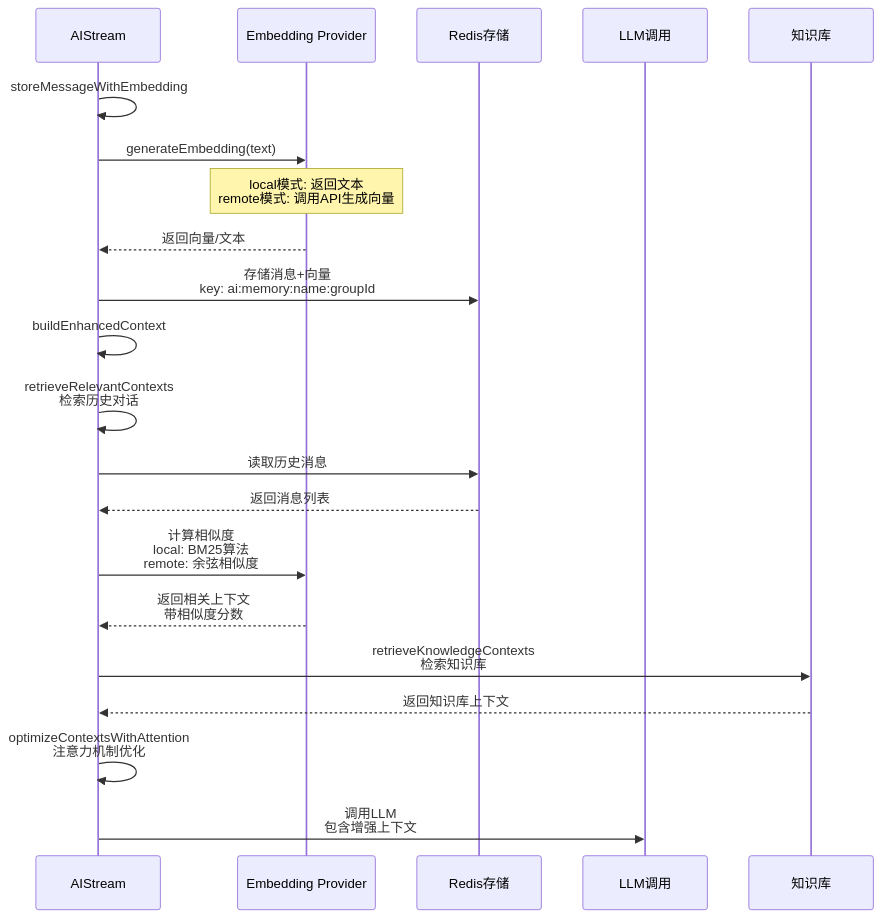
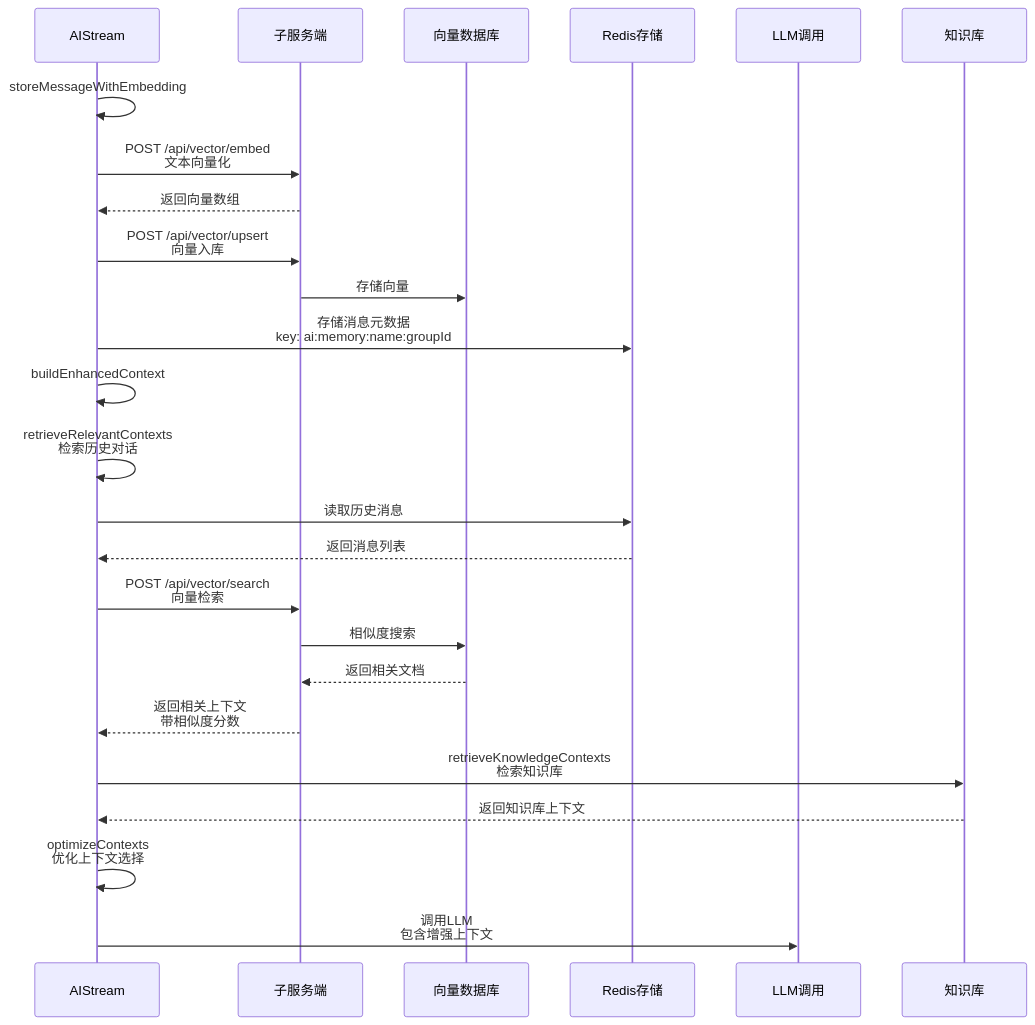
The third of 5 diagrams in docs/aistream.md (sunflowermm/XRK-AGT), drawn with Mermaid before and after one commit. The commit also changed other lines of this file and 64 other files, not shown here.

````diff
--- a/docs/aistream.md
+++ b/docs/aistream.md
@@ -263,27 +268,31 @@
 ```mermaid
 sequenceDiagram
     participant Stream as AIStream
-    participant Embedding as Embedding Provider
+    participant Subserver as 子服务端
+    participant VectorDB as 向量数据库
     participant Redis as Redis存储
     participant LLM as LLM调用
     participant Knowledge as 知识库
     
     Stream->>Stream: storeMessageWithEmbedding
-    Stream->>Embedding: generateEmbedding(text)
-    Note over Embedding: local模式: 返回文本<br/>remote模式: 调用API生成向量
-    Embedding-->>Stream: 返回向量/文本
-    Stream->>Redis: 存储消息+向量<br/>key: ai:memory:name:groupId
+    Stream->>Subserver: POST /api/vector/embed<br/>文本向量化
+    Subserver-->>Stream: 返回向量数组
+    Stream->>Subserver: POST /api/vector/upsert<br/>向量入库
+    Subserver->>VectorDB: 存储向量
+    Stream->>Redis: 存储消息元数据<br/>key: ai:memory:name:groupId
     
     Stream->>Stream: buildEnhancedContext
     Stream->>Stream: retrieveRelevantContexts<br/>检索历史对话
     Stream->>Redis: 读取历史消息
     Redis-->>Stream: 返回消息列表
-    Stream->>Embedding: 计算相似度<br/>local: BM25算法<br/>remote: 余弦相似度
-    Embedding-->>Stream: 返回相关上下文<br/>带相似度分数
+    Stream->>Subserver: POST /api/vector/search<br/>向量检索
+    Subserver->>VectorDB: 相似度搜索
+    VectorDB-->>Subserver: 返回相关文档
+    Subserver-->>Stream: 返回相关上下文<br/>带相似度分数
     
     Stream->>Knowledge: retrieveKnowledgeContexts<br/>检索知识库
     Knowledge-->>Stream: 返回知识库上下文
     
-    Stream->>Stream: optimizeContextsWithAttention<br/>注意力机制优化
+    Stream->>Stream: optimizeContexts<br/>优化上下文选择
     Stream->>LLM: 调用LLM<br/>包含增强上下文
 ```
````
